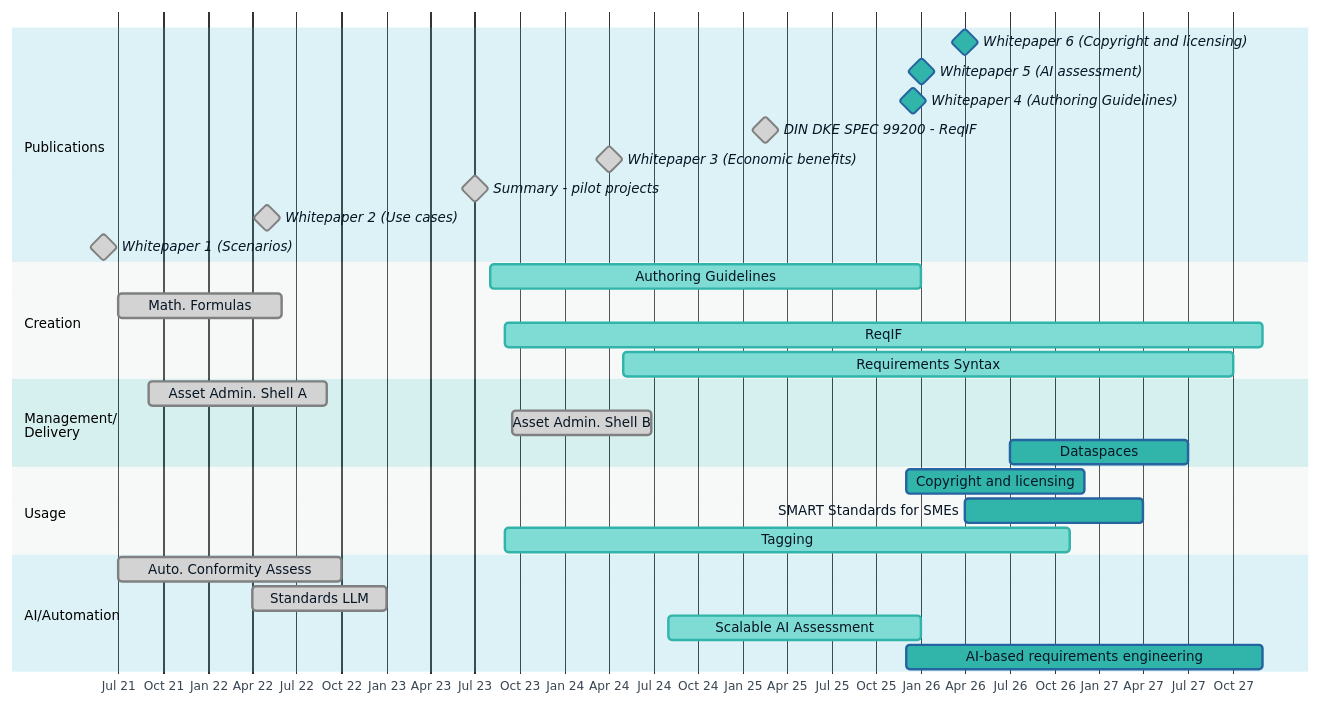
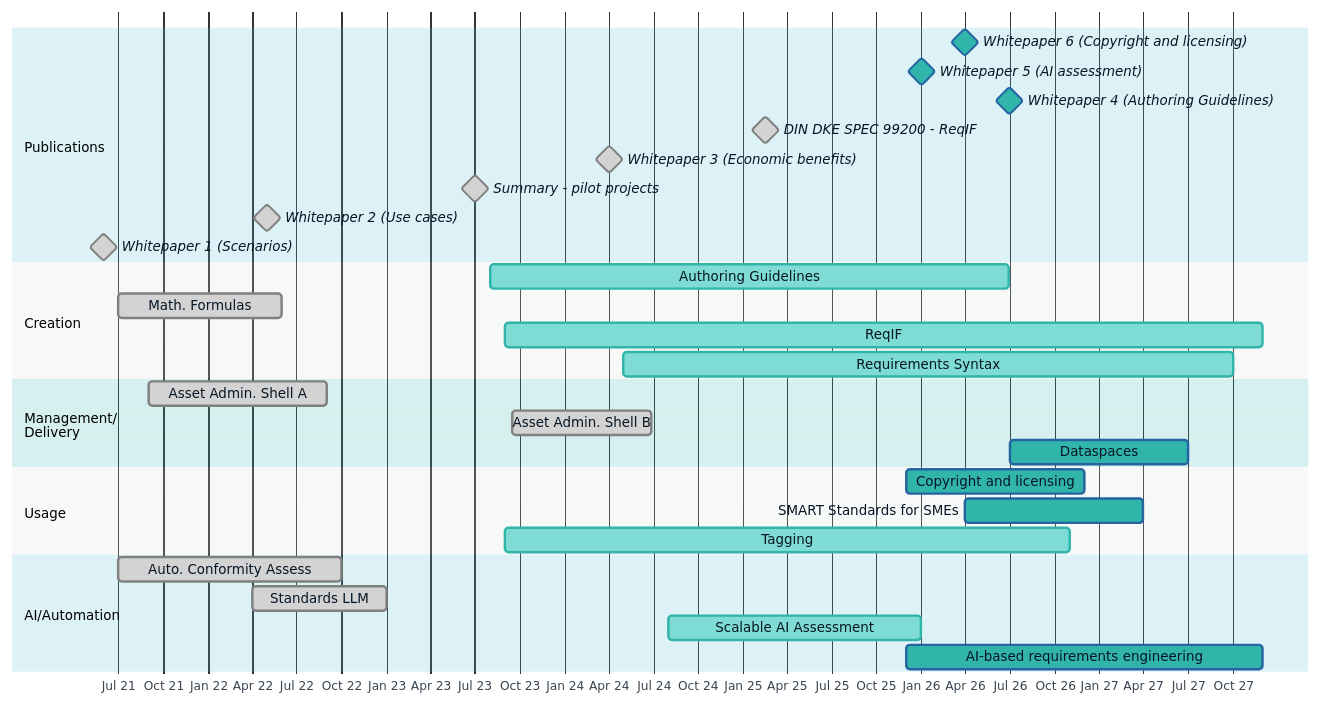
One commit to DIN-DKE/DKE_0001__SMART_Standards_Roadmap changed the diagram in idis-roadmap.md. Above: the diagram before and after it, drawn with Mermaid.

Commit message:
Update milestone dates for authoring guidelines

````diff
--- a/idis-roadmap.md
+++ b/idis-roadmap.md
@@ -5,57 +5,57 @@
 ```mermaid
 
 %%{
   init: {
     'theme': 'base',
     'themeVariables': {
       'fontFamily': 'Noto Sans, Arial, Sans-Serif',
       'primaryColor': '#31b4aa',
       'primaryTextColor': '#071625',
       'primaryBorderColor': '#2564a1',
       'lineColor': '#d5dddc',
       'secondaryColor': '#3a8dcb',
       'tertiaryColor': '#fff',
       'sectionBkgColor': '#52bdd7',
       'altSectionBkgColor': '#d5dddc'
     }
   }
 }%%
 
 gantt
     dateFormat  YYYY-MM-DD
     %% title       IDiS Roadmap
     tickInterval 3month
     axisFormat %b %y
 
     section Publications
     Whitepaper 6 (Copyright and licensing) : milestone, 2026-03-31, 1d
     Whitepaper 5 (AI assessment)       : milestone, 2026-01-01, 1d
-    Whitepaper 4 (Authoring Guidelines)         : milestone, 2025-12-15, 1d
+    Whitepaper 4 (Authoring Guidelines)         : milestone, 2026-06-30, 1d
     DIN DKE SPEC 99200 - ReqIF             : milestone, done, 2025-02-15, 1d
     Whitepaper 3 (Economic benefits)           : milestone, done, 2024-04-01, 1d
     Summary - pilot projects           : milestone, done, 2023-07-01, 1d
     Whitepaper 2 (Use cases)           : milestone, done, 2022-05-01, 1d
     Whitepaper 1 (Scenarios)           : milestone, done, 2021-06-01, 1d
 
     section Creation
-    Authoring Guidelines    : active, 2023-08-01, 2025-12-31
+    Authoring Guidelines    : active, 2023-08-01, 2026-06-30
     Math. Formulas         : done, 2021-07-01, 2022-06-01
     ReqIF                  : active, 2023-08-31, 2027-12-01
     Requirements Syntax              : active, 2024-05-01, 2027-10-01
 
     section Management/<br />Delivery
     Asset Admin. Shell A   : done, 2021-09-01, 2022-09-01
     Asset Admin. Shell B   : done, 2023-09-15, 2024-06-26
     Dataspaces             : 2026-07-01, 2027-07-01
 
     section Usage
     Copyright and licensing : 2025-12-01, 2026-12-01
     SMART Standards for SMEs : 2026-04-01, 2027-04-01
     Tagging : active, 2023-09-01, 2026-11-01
 
     section AI/Automation
     Auto. Conformity Assess: done, 2021-07-01, 2022-10-01
     Standards LLM          : done, 2022-04-01, 2023-01-01
     Scalable AI Assessment : active, 2024-08-01, 2025-12-31
     AI-based requirements engineering :  2025-12-01, 2027-12-01
 ```
````
